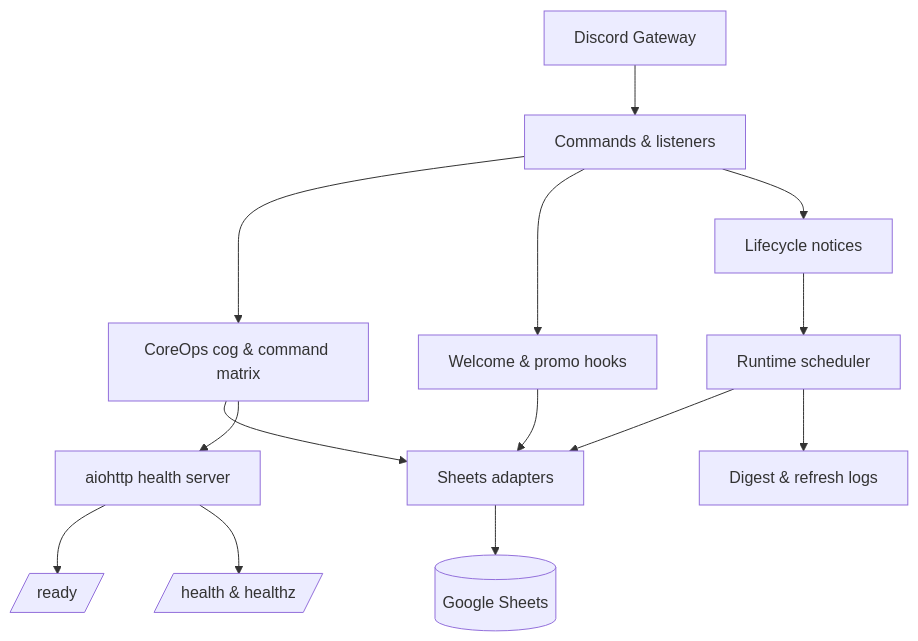
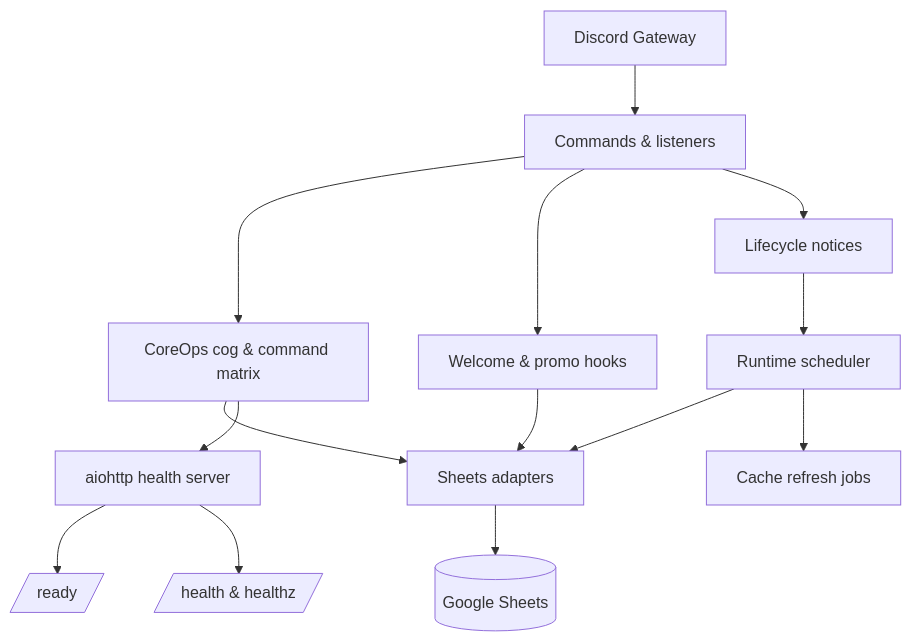
The diagram in docs/Architecture.md (cailleanC1C/C1C-Recruitment), drawn with Mermaid before and after one commit. The commit also changed other lines of this file and 40 other files, not shown here.

````diff
--- a/docs/Architecture.md
+++ b/docs/Architecture.md
@@ -4,16 +4,16 @@
 ```mermaid
 flowchart TD
     Gateway[Discord Gateway] --> Handlers[Commands & listeners]
     Handlers --> CoreOpsCog[CoreOps cog & command matrix]
     Handlers --> Watchers[Welcome & promo hooks]
     Handlers --> Lifecycle[Lifecycle notices]
     Lifecycle --> Scheduler[Runtime scheduler]
     Scheduler --> SheetsAdapters[Sheets adapters]
     SheetsAdapters --> Sheets[(Google Sheets)]
     Watchers --> SheetsAdapters
     CoreOpsCog --> SheetsAdapters
-    Scheduler --> HealthLogs[Digest & refresh logs]
+    Scheduler --> CacheJobs[Cache refresh jobs]
     Http[aiohttp health server] --> ReadyEndpoint[/ready/]
     Http --> HealthEndpoint[/health & healthz/]
     CoreOpsCog --> Http
 ```
````
